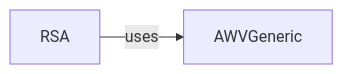
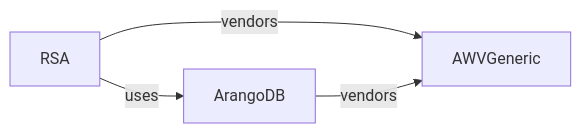
The diagram in repos.mmd (davidvlaminck/Home), drawn with Mermaid before and after one commit. The commit also changed 1 other file, not shown here.

```diff
--- a/repos.mmd
+++ b/repos.mmd
@@ -1,5 +1,8 @@
 flowchart LR
     awv_generic["AWVGeneric"]
     rsa["RSA"]
+    arango_db["ArangoDB"]
 
-    rsa -->|uses| awv_generic
+    rsa -->|vendors| awv_generic
+    rsa -->|uses| arango_db
+    arango_db -->|vendors| awv_generic
```
